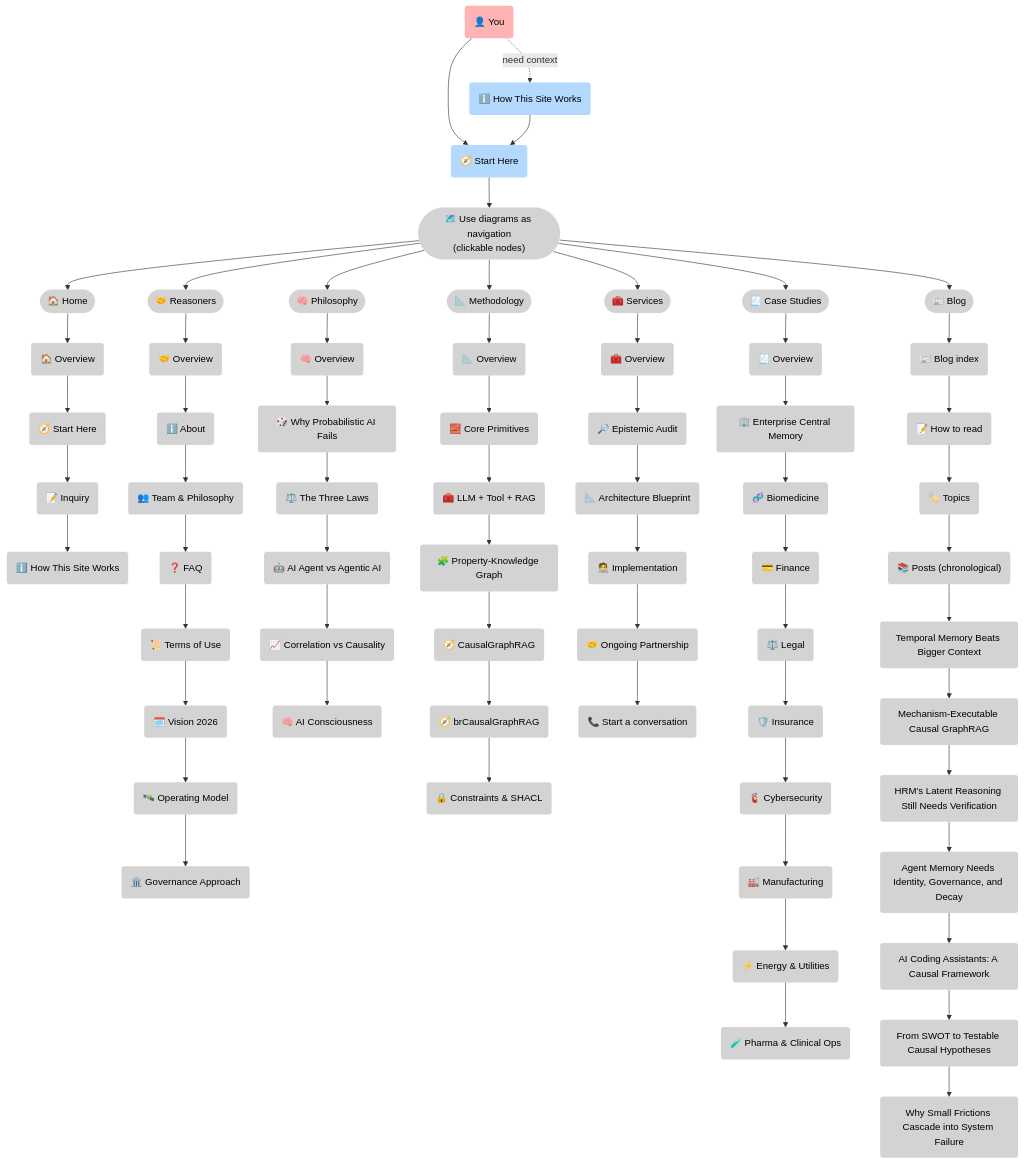
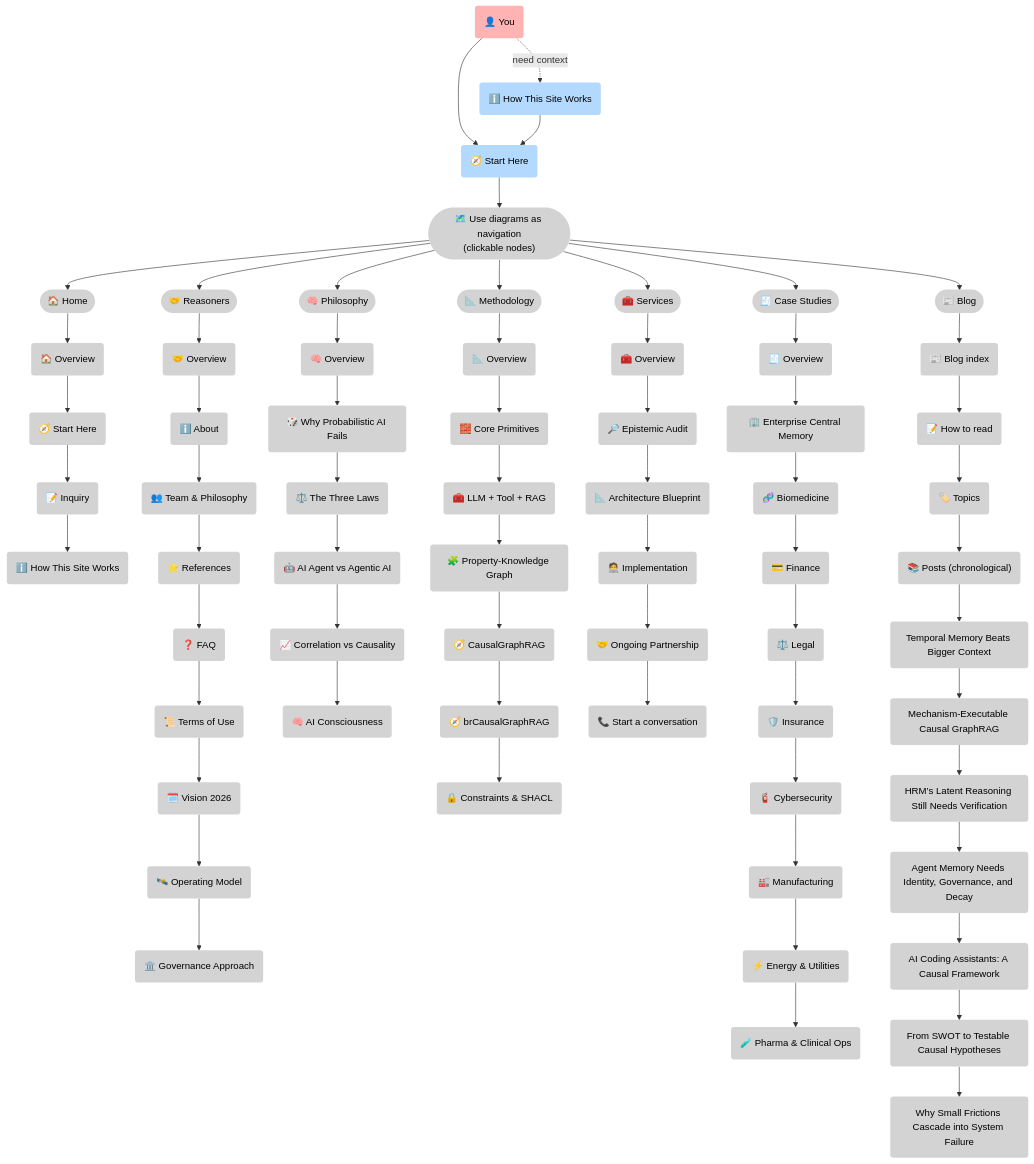
Before and after one commit to 5Reasons/5reasons.github.io: the diagram in docs/home/how-this-site-works.md, drawn with Mermaid. The commit also changed 3 other files, not shown here.

```diff
--- a/docs/home/how-this-site-works.md
+++ b/docs/home/how-this-site-works.md
@@ -118,12 +118,13 @@
 R_Overview("🤝 Overview"):::i
 R_About("ℹ️ About"):::i
 R_Team("👥 Team & Philosophy"):::i
+R_Refs("⭐ References"):::i
 R_FAQ("❓ FAQ"):::i
 R_Terms("📜 Terms of Use"):::i
 R_Vision("🗓️ Vision 2026"):::i
 R_Ops("🛰️ Operating Model"):::i
 R_Gov("🏛️ Governance Approach"):::i
-R_Sec --> R_Overview --> R_About --> R_Team --> R_FAQ --> R_Terms --> R_Vision --> R_Ops --> R_Gov
+R_Sec --> R_Overview --> R_About --> R_Team --> R_Refs --> R_FAQ --> R_Terms --> R_Vision --> R_Ops --> R_Gov
 
 %% Philosophy
 PH_Sec(["🧠 Philosophy"]):::i
@@ -209,6 +210,7 @@
 click R_Overview "/reasoners/" "Reasoners"
 click R_About "/reasoners/about/" "About"
 click R_Team "/reasoners/team/" "Team & Philosophy"
+click R_Refs "/reasoners/references/" "References"
 click R_FAQ "/reasoners/faq/" "FAQ"
 click R_Terms "/reasoners/terms/" "Terms of Use"
 click R_Vision "/reasoners/vision-2026/" "Vision 2026"
```
